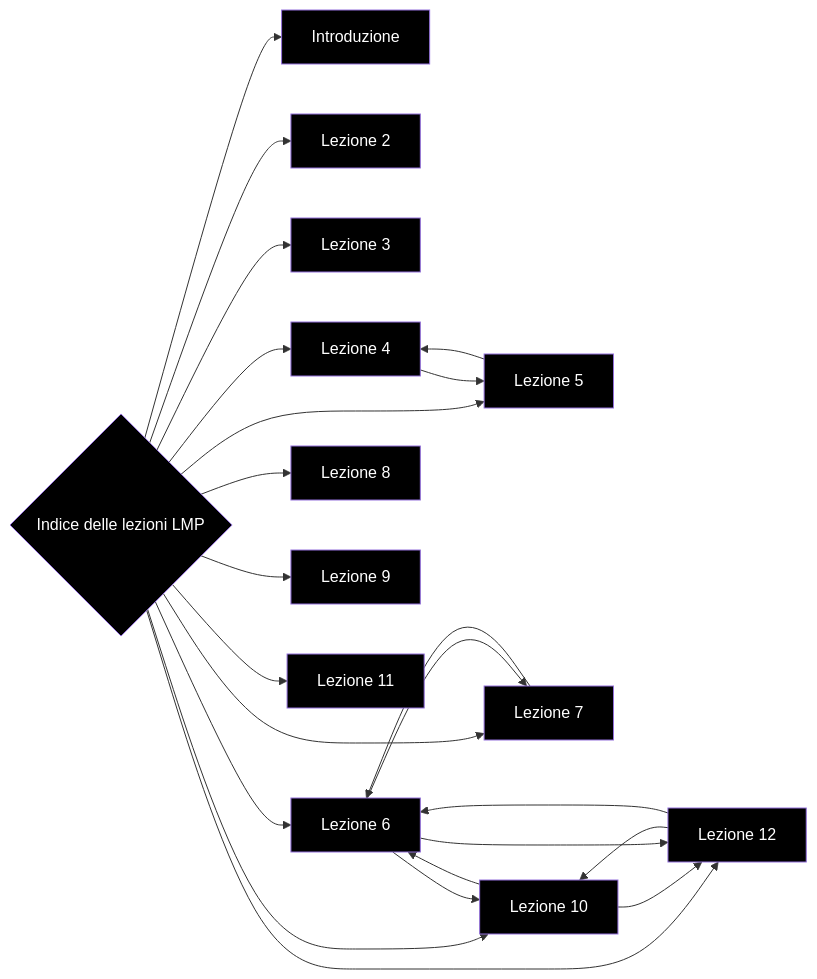
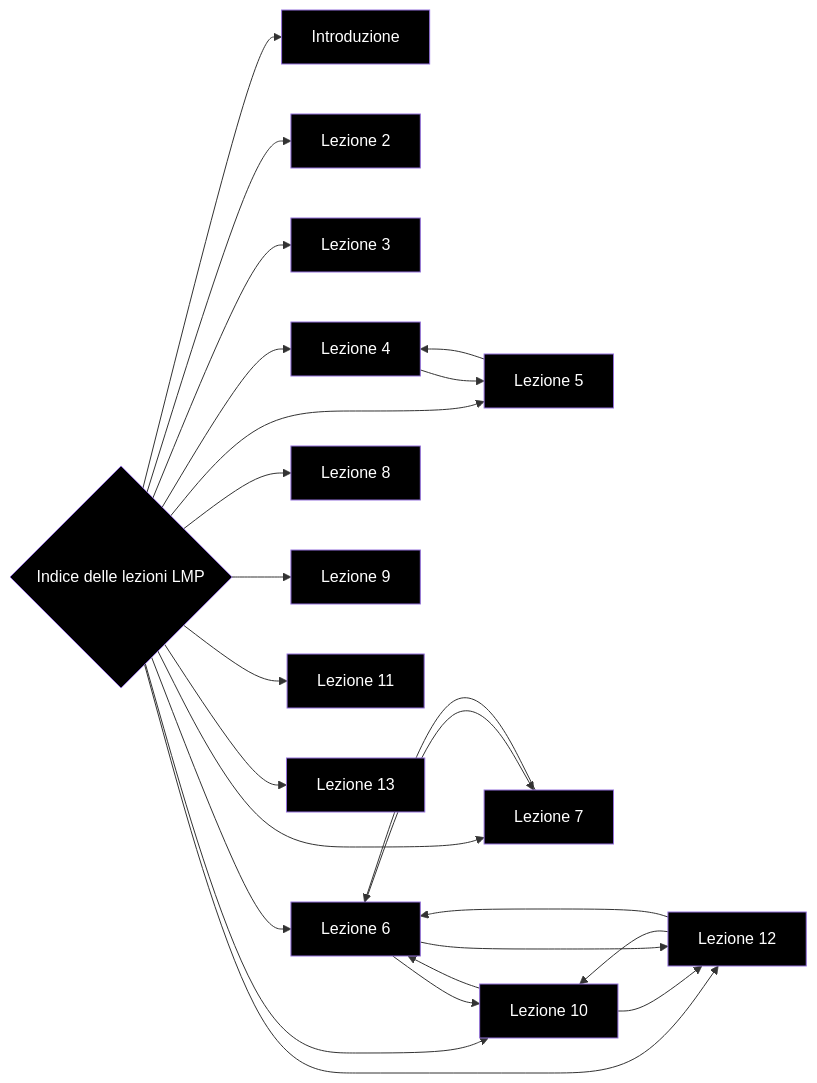
The diagram in Appunti LMP/MOD I/Indice delle lezioni LMP.md (francosalvucci14/Appunti-II-anno), drawn with Mermaid before and after one commit. The commit also changed other lines of this file and 2 other files, not shown here.

Commit message:
vault backup: 2022-12-14 16:24:03

````diff
--- a/Appunti LMP/MOD I/Indice delle lezioni LMP.md
+++ b/Appunti LMP/MOD I/Indice delle lezioni LMP.md
@@ -20,42 +21,44 @@
 ```mermaid
 graph LR
 	A{Indice delle lezioni LMP}
 	B[Introduzione]
 	C[Lezione 2]
 	D[Lezione 3]
 	E[Lezione 4]
 	F[Lezione 5]
 	G[Lezione 6]
 	H[Lezione 7]
 	I[Lezione 8]
 	J[Lezione 9]
 	K[Lezione 10]
 	L[Lezione 11]
 	M[Lezione 12]
+	N[Lezione 13]
 
 	style A fill:black, color:#fff
 	style B fill:black, color:#fff
 	style C fill:black, color:#fff
 	style D fill:black, color:#fff
 	style E fill:black, color:#fff
 	style F fill:black, color:#fff
 	style G fill:black, color:#fff
 	style H fill:black, color:#fff
 	style I fill:black, color:#fff
 	style J fill:black, color:#fff
 	style K fill:black, color:#fff
 	style L fill:black, color:#fff
 	style M fill:black, color:#fff
+	style N fill:black, color:#fff
 	
-	A-->B & C & D & E & F & G & H & I & J & K & L & M
+	A-->B & C & D & E & F & G & H & I & J & K & L & M & N
 	E-->F
 	F-->E
 	G-->H
 	H-->G
 	K-->G
 	G-->K
 	M-->K
 	K-->M
 	M-->G
 	G-->M
 ```
````
